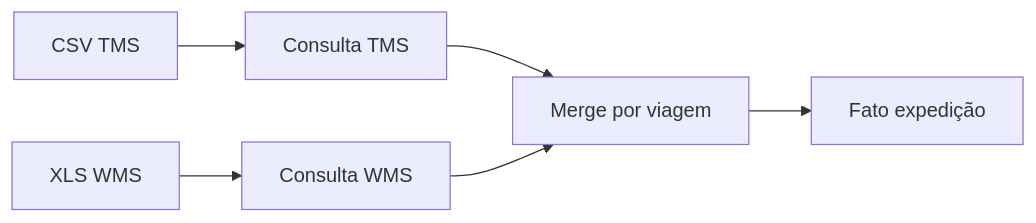
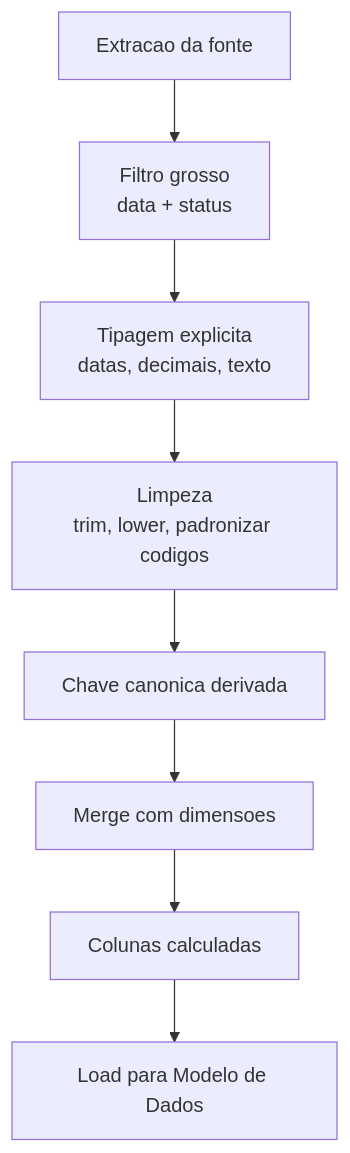
The diagram in aulas/trilha-dados-analytics-logistica/modulo-02-excel-avancado-para-logistica/aula-02-power-query-pratica-logistica.md (cleberhensel/logisticon-academy), drawn with Mermaid before and after one commit. The commit also changed other lines of this file and 122 other files, not shown here.

````diff
--- a/aulas/trilha-dados-analytics-logistica/modulo-02-excel-avancado-para-logistica/aula-02-power-query-pratica-logistica.md
+++ b/aulas/trilha-dados-analytics-logistica/modulo-02-excel-avancado-para-logistica/aula-02-power-query-pratica-logistica.md
@@ -36,8 +46,10 @@
 ```mermaid
-flowchart LR
-  CSV[CSV TMS] --> Q1[Consulta TMS]
-  XLS[XLS WMS] --> Q2[Consulta WMS]
-  Q1 --> M[Merge por viagem]
-  Q2 --> M
-  M --> F[Fato expedição]
+flowchart TB
+  Ext[Extracao da fonte] --> Filt[Filtro grosso<br/>data + status]
+  Filt --> Tipos[Tipagem explicita<br/>datas, decimais, texto]
+  Tipos --> Limp[Limpeza<br/>trim, lower, padronizar codigos]
+  Limp --> Chav[Chave canonica derivada]
+  Chav --> Merg[Merge com dimensoes]
+  Merg --> Calc[Colunas calculadas]
+  Calc --> Carga[Load para Modelo de Dados]
 ```
````
